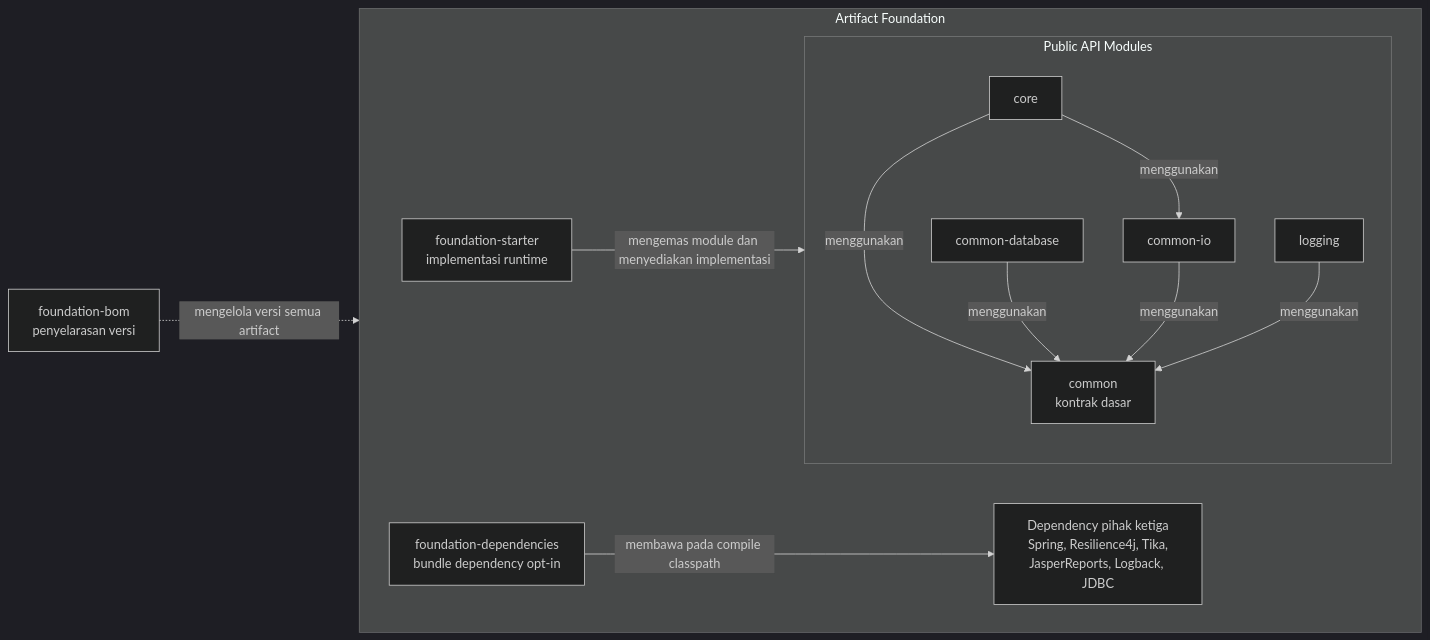
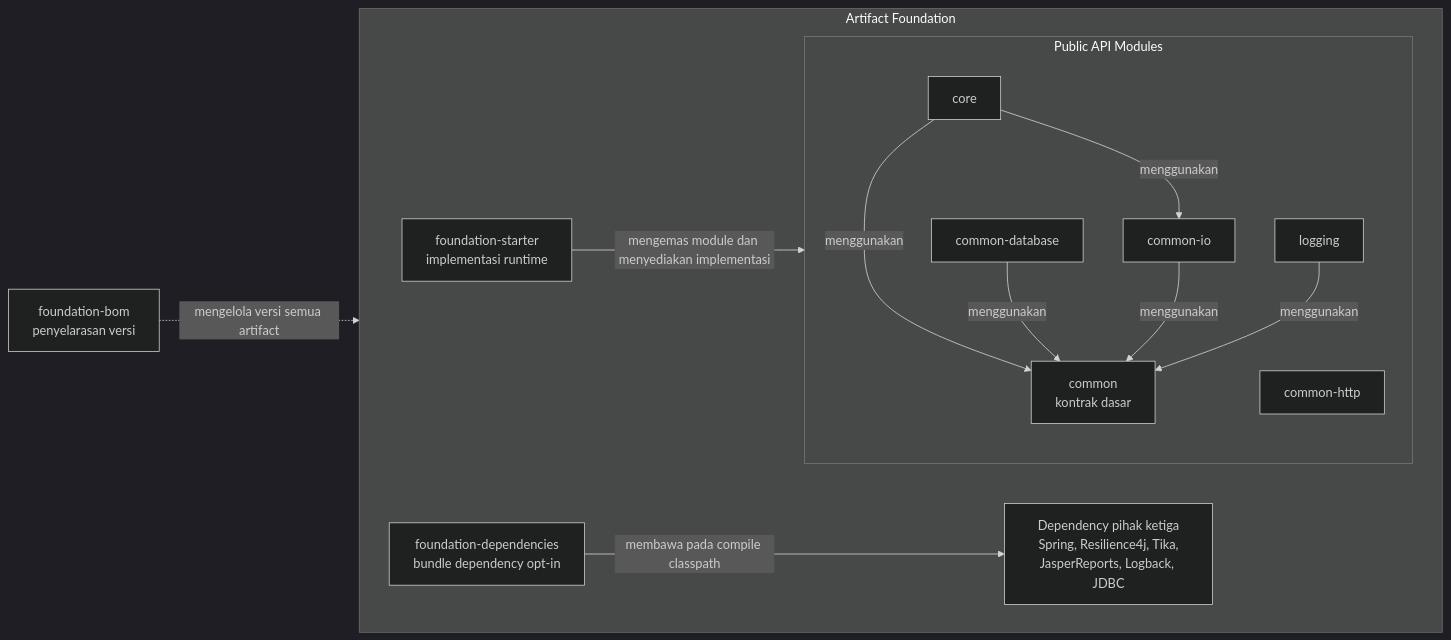
The diagram in Readme.md (ReygaFitra/reyga-starter-foundation), drawn with Mermaid (dark theme) before and after one commit. The commit also changed other lines of this file and 17 other files, not shown here.

````diff
--- a/Readme.md
+++ b/Readme.md
@@ -346,32 +362,33 @@
 ```mermaid
 flowchart LR
     BOM["foundation-bom<br/>penyelarasan versi"]
     THIRD_PARTY["Dependency pihak ketiga<br/>Spring, Resilience4j, Tika,<br/>JasperReports, Logback, JDBC"]
 
     subgraph ARTIFACTS["Artifact Foundation"]
         direction LR
 
         STARTER["foundation-starter<br/>implementasi runtime"]
         DEPENDENCIES["foundation-dependencies<br/>bundle dependency opt-in"]
 
         subgraph API["Public API Modules"]
             direction TB
             CORE["core"]
             DATABASE["common-database"]
             IO["common-io"]
+            HTTP["common-http"]
             LOGGING["logging"]
             COMMON["common<br/>kontrak dasar"]
 
             CORE -->|menggunakan| IO
             CORE -->|menggunakan| COMMON
             DATABASE -->|menggunakan| COMMON
             IO -->|menggunakan| COMMON
             LOGGING -->|menggunakan| COMMON
         end
 
         STARTER -->|mengemas module dan menyediakan implementasi| API
         DEPENDENCIES -->|membawa pada compile classpath| THIRD_PARTY
     end
 
     BOM -.->|mengelola versi semua artifact| ARTIFACTS
 ```
````
